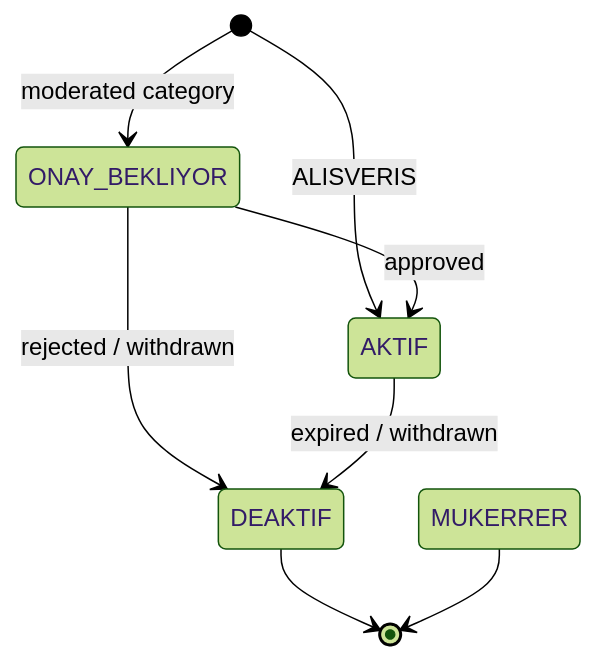
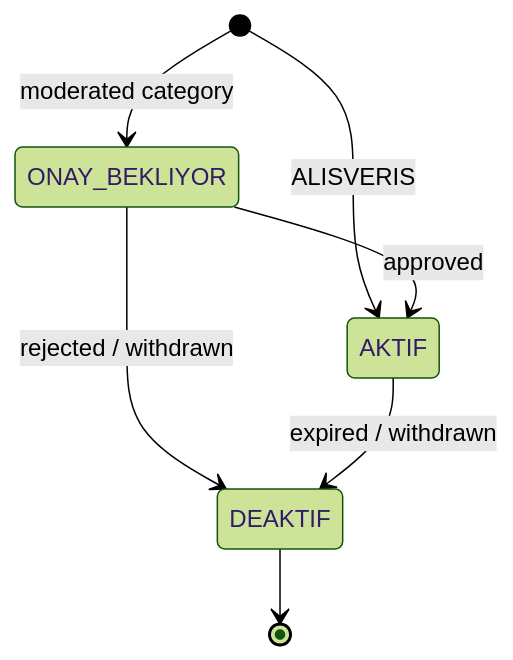
The second of 2 diagrams in README.md (tahayvz/classified-lifecycle-api), drawn with Mermaid (forest theme) before and after one commit. The commit also changed other lines of this file and 27 other files, not shown here.

````diff
--- a/README.md
+++ b/README.md
@@ -70,10 +71,9 @@
 ```mermaid
 stateDiagram-v2
     [*] --> ONAY_BEKLIYOR: moderated category
     [*] --> AKTIF: ALISVERIS
     ONAY_BEKLIYOR --> AKTIF: approved
     ONAY_BEKLIYOR --> DEAKTIF: rejected / withdrawn
     AKTIF --> DEAKTIF: expired / withdrawn
     DEAKTIF --> [*]
-    MUKERRER --> [*]
 ```
````
